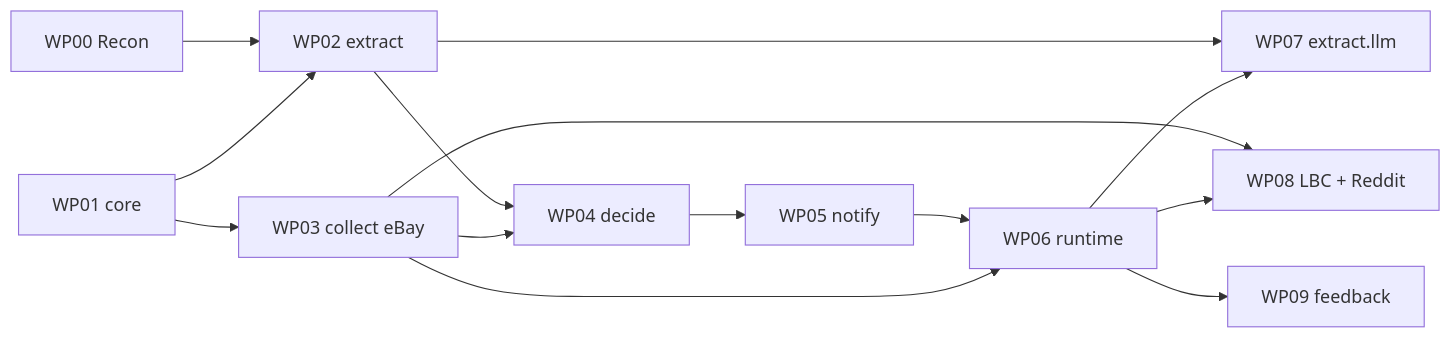
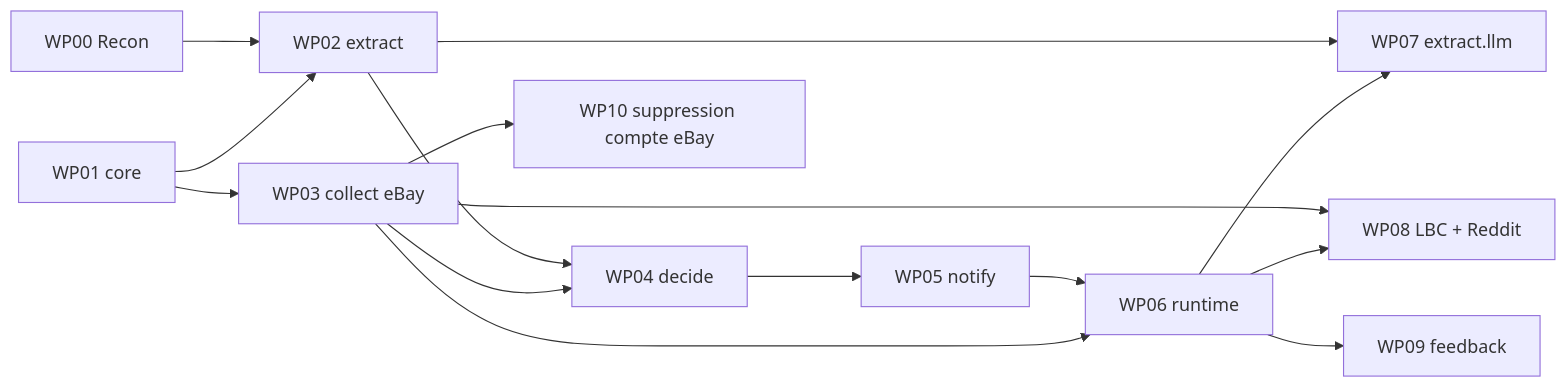
One commit to HadrienT/RamTracker changed the diagram in blueprint/README.md. Above: the diagram before and after it, drawn with Mermaid. The commit also changed other lines of this file and 20 other files, not shown here.

First line of the commit message:
Implémente WP10 : point d'entrée de suppression de compte eBay (RGPD/CCPA)

````diff
--- a/blueprint/README.md
+++ b/blueprint/README.md
@@ -69,16 +70,17 @@
 ```mermaid
 graph LR
     WP00[WP00 Recon] --> WP02[WP02 extract]
     WP01[WP01 core] --> WP02
     WP01 --> WP03[WP03 collect eBay]
     WP02 --> WP04[WP04 decide]
     WP03 --> WP04
     WP04 --> WP05[WP05 notify]
     WP05 --> WP06[WP06 runtime]
     WP03 --> WP06
     WP02 --> WP07[WP07 extract.llm]
     WP06 --> WP07
     WP03 --> WP08[WP08 LBC + Reddit]
     WP06 --> WP08
     WP06 --> WP09[WP09 feedback]
+    WP03 --> WP10[WP10 suppression compte eBay]
 ```
````
